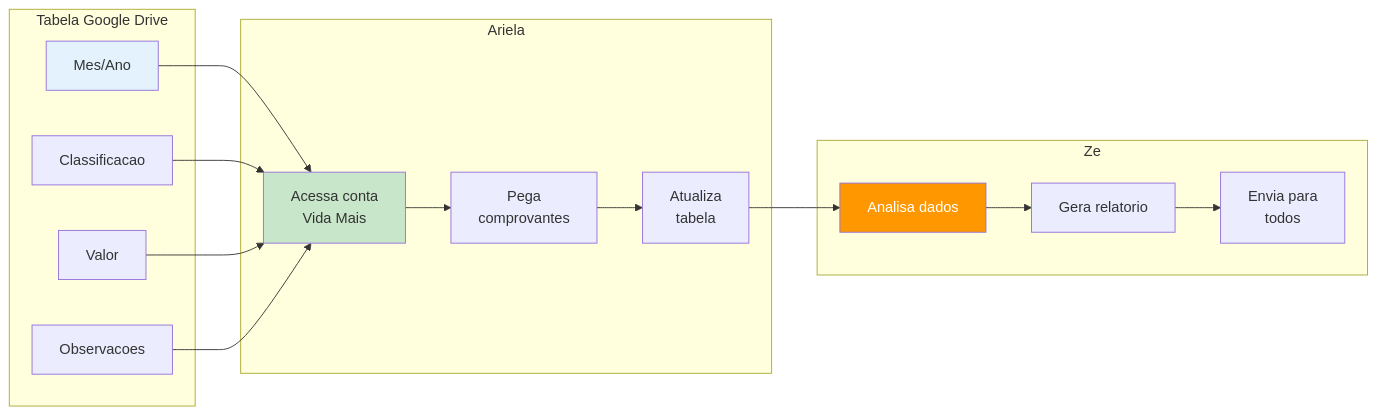
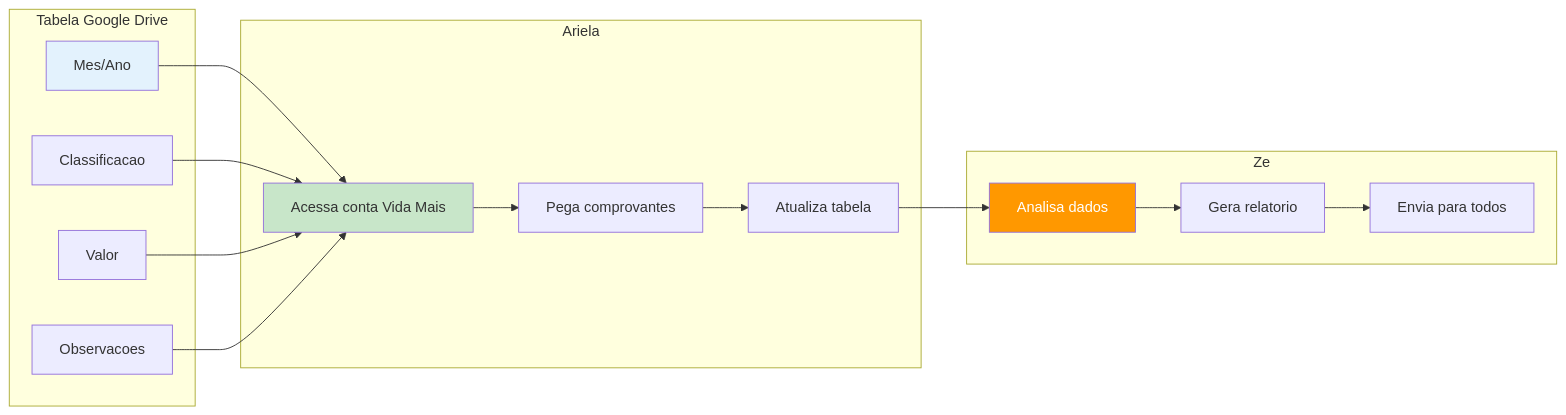
One commit to emanuelcosta-git/epoch-dream-builder changed the second of 6 diagrams in FLUXO_REAL_VIDA_MAIS.md. Above: the diagram before and after it, drawn with Mermaid. The commit also changed other lines of this file, not shown here.

First line of the commit message:
Refine flowchart labels for consistency and clarity

````diff
--- a/FLUXO_REAL_VIDA_MAIS.md
+++ b/FLUXO_REAL_VIDA_MAIS.md
@@ -71,33 +71,33 @@
 ```mermaid
 flowchart LR
     subgraph "Tabela Google Drive"
         A[Mes/Ano]
         B[Classificacao]
         C[Valor]
         D[Observacoes]
     end
     
     subgraph "Ariela"
-        E[Acessa conta<br/>Vida Mais]
-        F[Pega<br/>comprovantes]
-        G[Atualiza<br/>tabela]
+        E[Acessa conta Vida Mais]
+        F[Pega comprovantes]
+        G[Atualiza tabela]
     end
     
     subgraph "Ze"
         H[Analisa dados]
         I[Gera relatorio]
-        J[Envia para<br/>todos]
+        J[Envia para todos]
     end
     
     A --> E
     B --> E
     C --> E
     D --> E
     
     E --> F --> G
     G --> H --> I --> J
     
     style A fill:#e3f2fd
     style E fill:#c8e6c9
     style H fill:#ff9800,color:#fff
 ```
````
